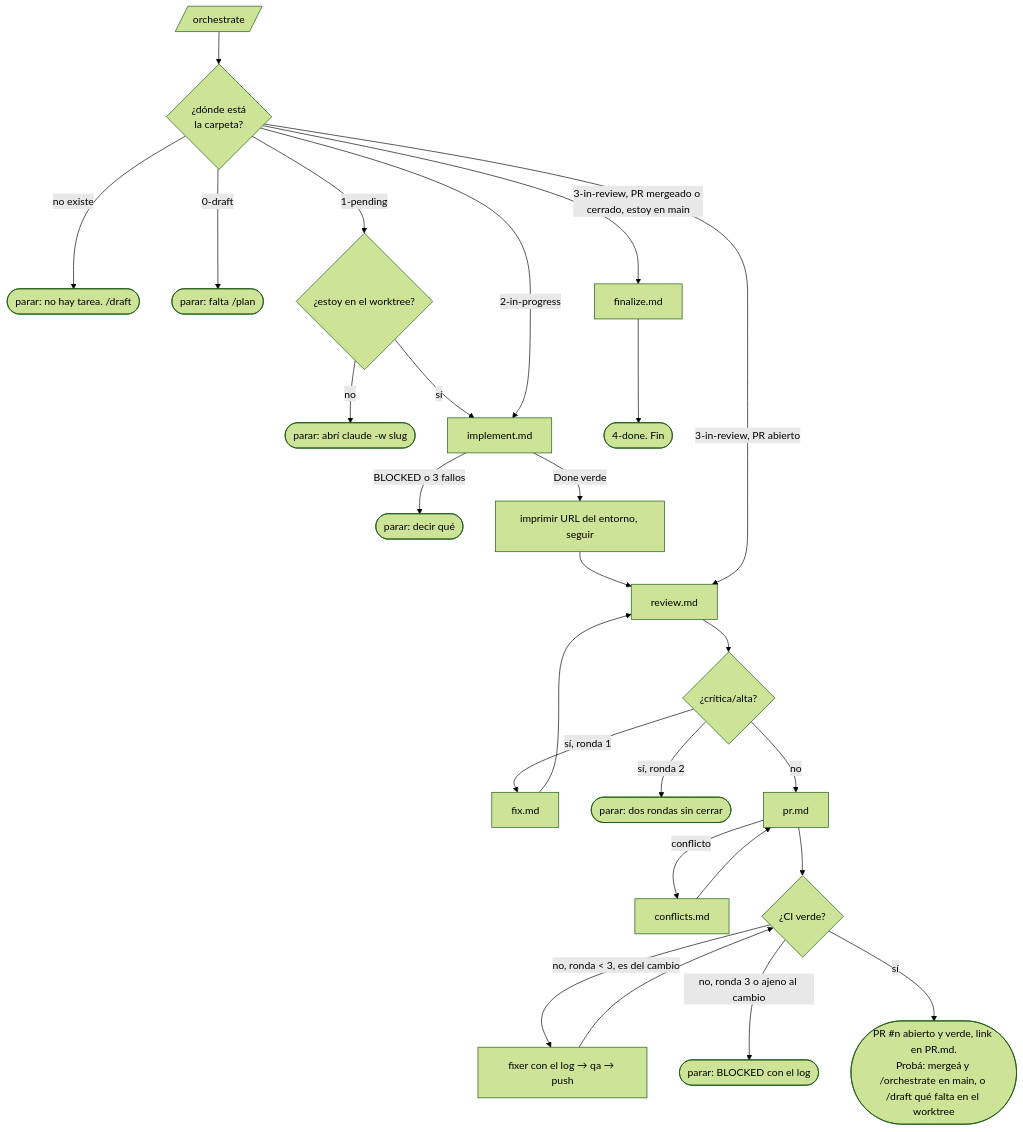
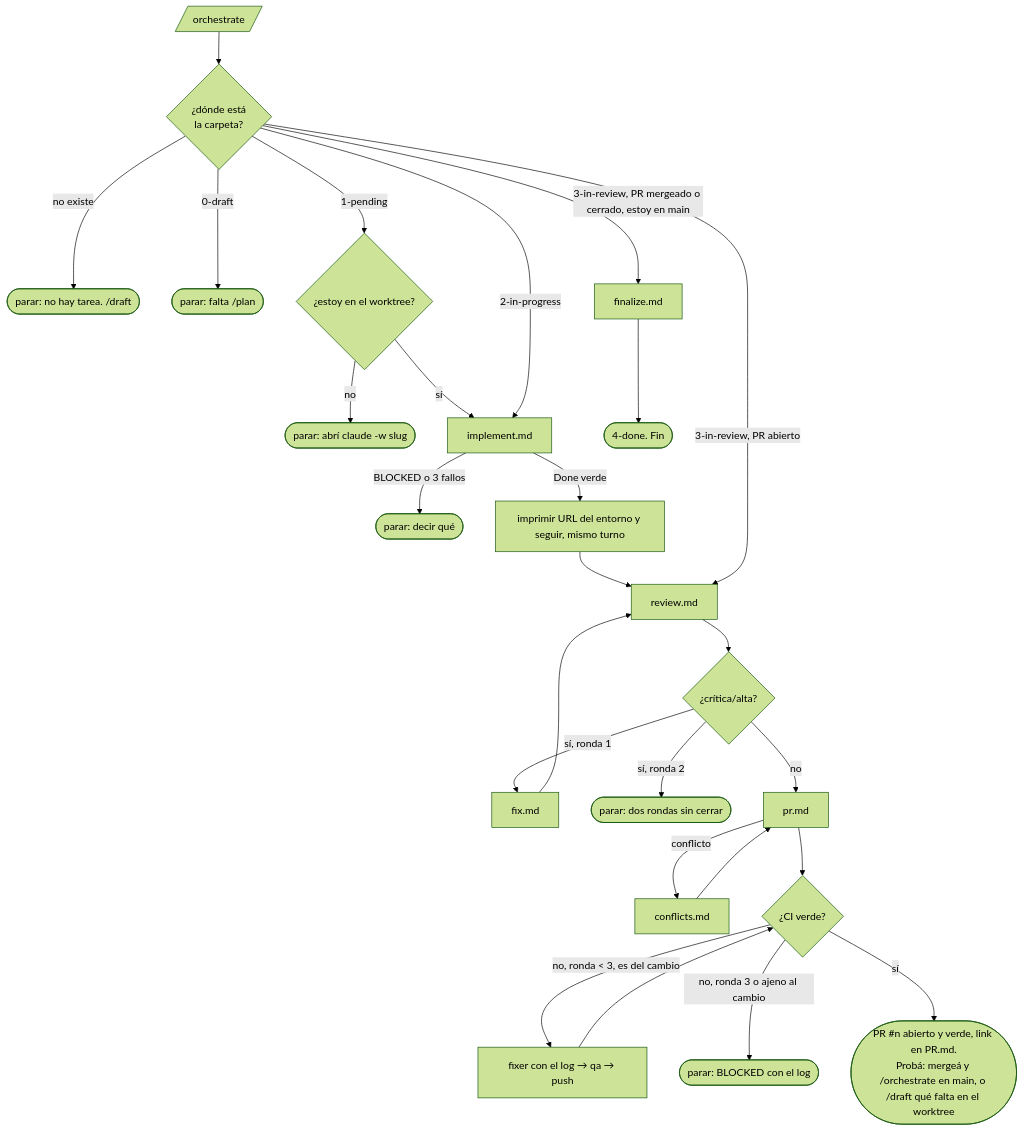
One commit to octavio-parozlabs/mindstack changed the second of 2 diagrams in skills/workflow/references/orchestrate.md. Above: the diagram before and after it, drawn with Mermaid (forest theme). The commit also changed other lines of this file and 39 other files, not shown here.

````diff
--- a/skills/workflow/references/orchestrate.md
+++ b/skills/workflow/references/orchestrate.md
@@ -20,24 +20,24 @@
 ```mermaid
 flowchart TD
     IN[/orchestrate/] --> ST{¿dónde está\nla carpeta?}
     ST -- no existe --> FIN0(["parar: no hay tarea. /draft"])
     ST -- 0-draft --> FIN1(["parar: falta /plan"])
     ST -- 1-pending --> WT{¿estoy en el worktree?}
     WT -- no --> FIN2(["parar: abrí claude -w slug"])
     WT -- sí --> IM[implement.md]
     ST -- 2-in-progress --> IM
     IM -- BLOCKED o 3 fallos --> FIN3([parar: decir qué])
-    IM -- Done verde --> URL[imprimir URL del entorno, seguir]
+    IM -- Done verde --> URL[imprimir URL del entorno y seguir, mismo turno]
     URL --> RV[review.md]
     ST -- 3-in-review, PR mergeado o cerrado, estoy en main --> FZ[finalize.md] --> FIN7(["4-done. Fin"])
     ST -- 3-in-review, PR abierto --> RV
     RV --> H{¿crítica/alta?}
     H -- sí, ronda 1 --> CO[fix.md] --> RV
     H -- sí, ronda 2 --> FIN4([parar: dos rondas sin cerrar])
     H -- no --> PRC[pr.md]
     PRC -- conflicto --> CF[conflicts.md] --> PRC
     PRC --> CI{¿CI verde?}
     CI -- no, ronda < 3, es del cambio --> CIF[fixer con el log → qa → push] --> CI
     CI -- no, ronda 3 o ajeno al cambio --> FIN6([parar: BLOCKED con el log])
     CI -- sí --> FIN5(["PR #n abierto y verde, link en PR.md.\nProbá: mergeá y /orchestrate en main, o /draft qué falta en el worktree"])
 ```
````
